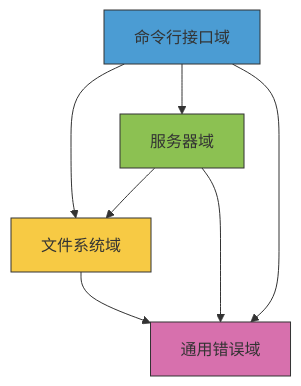
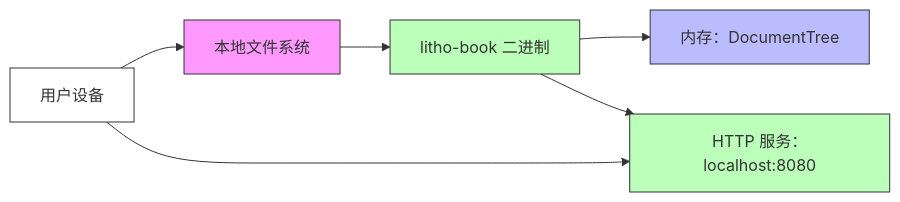
One commit to sopaco/litho-book changed the sixth of 6 diagrams in litho.docs/2、架构概览.md. Above: the diagram before and after it, drawn with Mermaid. The commit also changed other lines of this file and 11 other files, not shown here.

Commit message:
Rewrite and expand architecture and module docs for all domains

````diff
--- a/litho.docs/2、架构概览.md
+++ b/litho.docs/2、架构概览.md
@@ -112,14 +653,25 @@
 ```mermaid
-graph TD
-    CLI[命令行接口域] --> FS[文件系统域]
-    CLI --> Server[服务器域]
-    Server --> FS
-    Server --> Error[通用错误域]
-    FS --> Error
-    CLI --> Error
-    
-    style CLI fill:#4B9CD3,stroke:#333
-    style FS fill:#F7CA44,stroke:#333
-    style Server fill:#8CC152,stroke:#333
-    style Error fill:#D770AD,stroke:#333
+graph LR
+    A[用户设备] --> B[本地文件系统]
+    B --> C[litho-book 二进制]
+    C --> D[内存：DocumentTree]
+    C --> E[HTTP 服务：localhost:8080]
+    A --> E
+
+    style A fill:#fff,stroke:#333
+    style B fill:#f9f,stroke:#333
+    style C fill:#bfb,stroke:#333
+    style D fill:#bbf,stroke:#333
+    style E fill:#bfb,stroke:#333
+
+    classDef user fill:#fff,stroke:#333;
+    classDef data fill:#f9f,stroke:#333;
+    classDef app fill:#bfb,stroke:#333;
+    classDef memory fill:#bbf,stroke:#333;
+
+    class A user
+    class B data
+    class C app
+    class D memory
+    class E app
 ```
````
